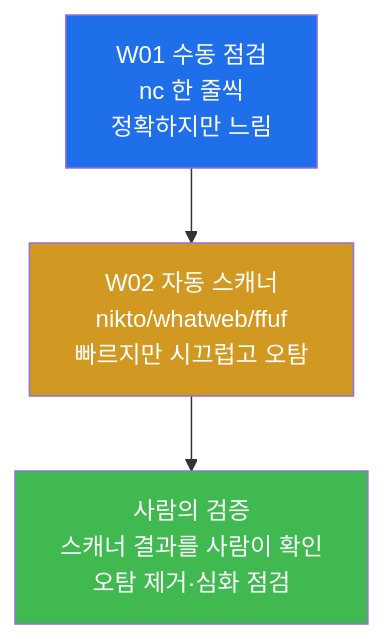
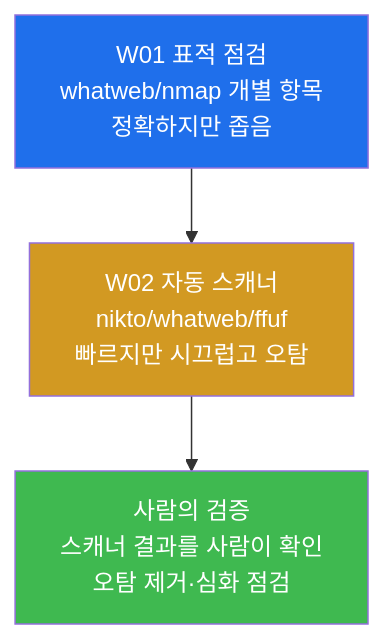
One commit to mrgrit/tw2 changed the first of 6 diagrams in contents/training/web-vuln/lecture_week02.md. Above: the diagram before and after it, drawn with Mermaid. The commit also changed other lines of this file and 25 other files, not shown here.

````diff
--- a/contents/training/web-vuln/lecture_week02.md
+++ b/contents/training/web-vuln/lecture_week02.md
@@ -85,10 +86,10 @@
 ```mermaid
 graph TD
-    W01["W01 수동 점검<br/>nc 한 줄씩<br/>정확하지만 느림"]
+    W01["W01 표적 점검<br/>whatweb/nmap 개별 항목<br/>정확하지만 좁음"]
     W02["W02 자동 스캐너<br/>nikto/whatweb/ffuf<br/>빠르지만 시끄럽고 오탐"]
     HUMAN["사람의 검증<br/>스캐너 결과를 사람이 확인<br/>오탐 제거·심화 점검"]
     W01 --> W02 --> HUMAN
     style W01 fill:#1f6feb,color:#fff
     style W02 fill:#d29922,color:#fff
     style HUMAN fill:#3fb950,color:#fff
 ```
````
